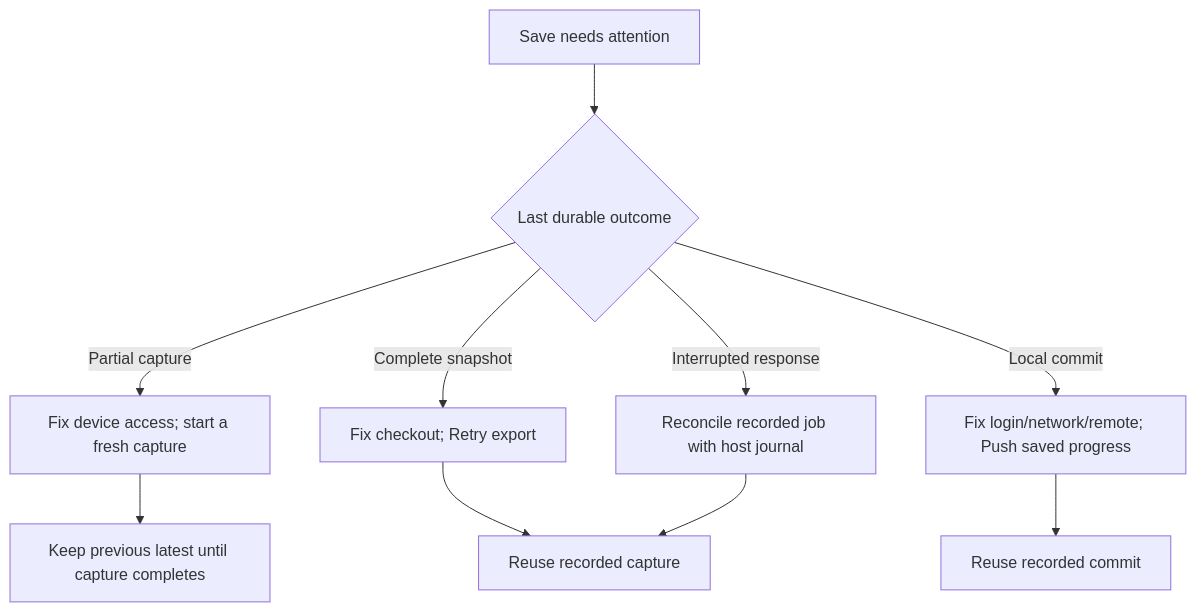
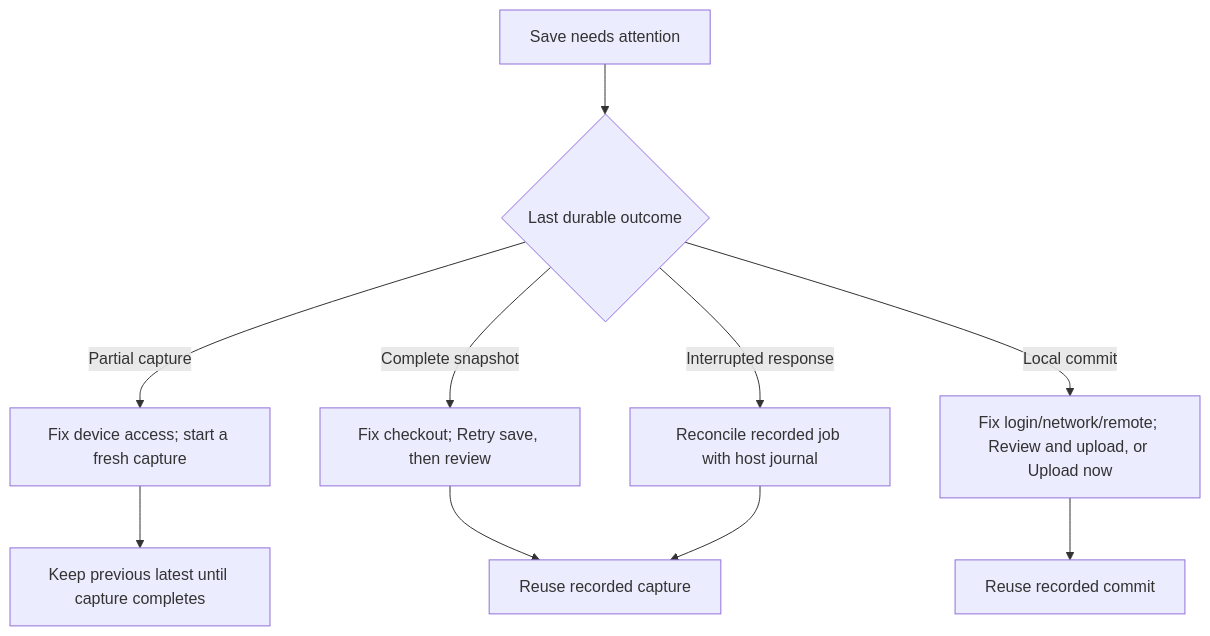
Before and after one commit to ArchRuger/CLAB-BACKUP-WORKER-v2: the third of 4 diagrams in docs/GIT-PROGRESS.md, drawn with Mermaid. The commit also changed other lines of this file and 39 other files, not shown here.

````diff
--- a/docs/GIT-PROGRESS.md
+++ b/docs/GIT-PROGRESS.md
@@ -285,12 +291,12 @@
 ```mermaid
 flowchart TD
     A[Save needs attention] --> B{Last durable outcome}
     B -- Partial capture --> C[Fix device access; start a fresh capture]
-    B -- Complete snapshot --> D[Fix checkout; Retry export]
-    B -- Local commit --> E[Fix login/network/remote; Push saved progress]
+    B -- Complete snapshot --> D[Fix checkout; Retry save, then review]
+    B -- Local commit --> E[Fix login/network/remote; Review and upload, or Upload now]
     B -- Interrupted response --> F[Reconcile recorded job with host journal]
     C --> G[Keep previous latest until capture completes]
     D --> H[Reuse recorded capture]
     E --> I[Reuse recorded commit]
     F --> H
 ```
````
